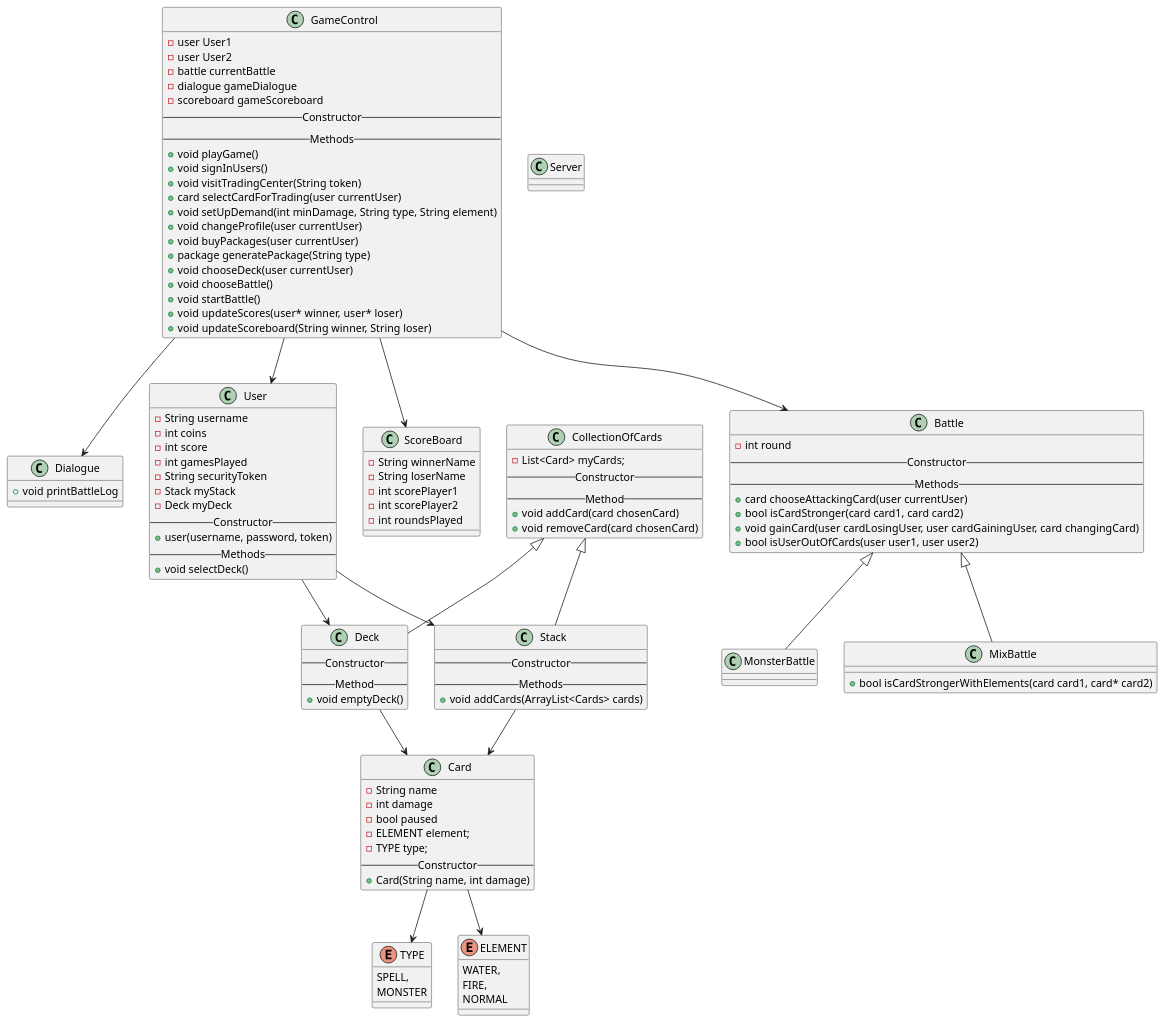
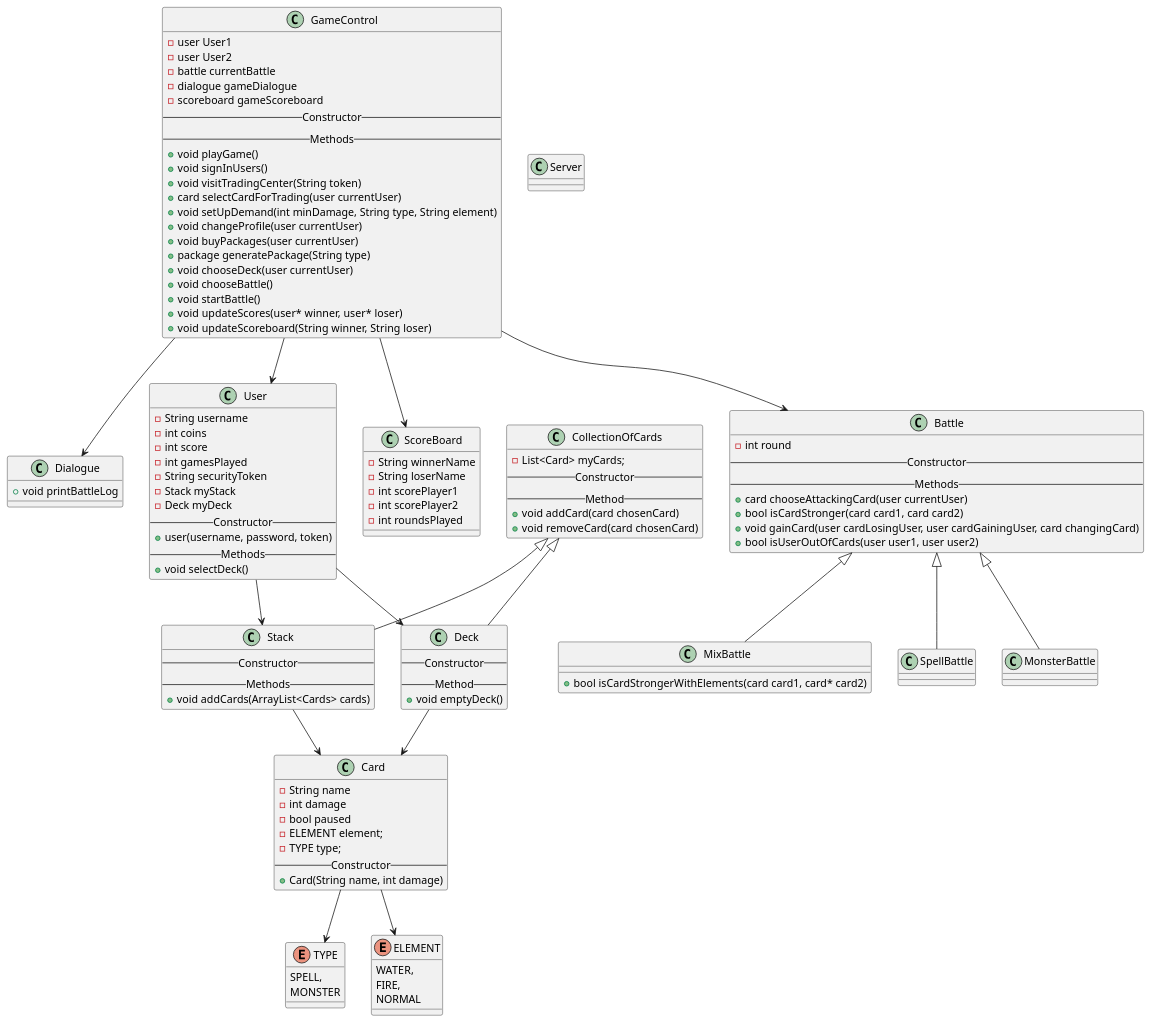
One commit to marlis-t/MonsterTradingCardGame changed the diagram in Monster-Trading-Card-Game/Diagrams/classdiagram.puml. Above: the diagram before and after it, drawn with PlantUML. The commit also changed 18 other files, not shown here.

```diff
--- a/Monster-Trading-Card-Game/Diagrams/classdiagram.puml
+++ b/Monster-Trading-Card-Game/Diagrams/classdiagram.puml
@@ -1,124 +1,126 @@
 @startuml
 class User{
     -String username
     -int coins
     -int score
     -int gamesPlayed
     -String securityToken
     -Stack myStack
     -Deck myDeck
     --Constructor--
     +user(username, password, token)
     --Methods--
     +void selectDeck()
 }
 
 class Server{
 }
 
 enum TYPE{
     SPELL,
     MONSTER
 }
 
 enum ELEMENT{
     WATER,
     FIRE,
     NORMAL
 }
 
 class Card{
     -String name
     -int damage
     -bool paused
     -ELEMENT element;
     -TYPE type;
     --Constructor--
   +Card(String name, int damage)
 }
 class CollectionOfCards{
     -List<Card> myCards;
     --Constructor--
     --Method--
     +void addCard(card chosenCard)
     +void removeCard(card chosenCard)
 }
 class Deck extends CollectionOfCards{
     --Constructor--
     --Method--
     +void emptyDeck()
 }
 class Stack extends CollectionOfCards{
     --Constructor--
     --Methods--
     +void addCards(ArrayList<Cards> cards)
 }
 class ScoreBoard{
     -String winnerName
     -String loserName
     -int scorePlayer1
     -int scorePlayer2
     -int roundsPlayed
 }
 
 class Battle{
     -int round
     --Constructor--
     --Methods--
     +card chooseAttackingCard(user currentUser)
     +bool isCardStronger(card card1, card card2)
     +void gainCard(user cardLosingUser, user cardGainingUser, card changingCard)
     +bool isUserOutOfCards(user user1, user user2)
 }
 
 class MonsterBattle extends Battle{
-
 }
 
 class MixBattle extends Battle{
     +bool isCardStrongerWithElements(card card1, card* card2)
+}
+
+class SpellBattle extends Battle{
 }
 
 class Dialogue{
     +void printBattleLog
 }
 class GameControl{
  -user User1
  -user User2
  -battle currentBattle
  -dialogue gameDialogue
  -scoreboard gameScoreboard
  --Constructor--
  --Methods--
  +void playGame()
  +void signInUsers()
  +void visitTradingCenter(String token)
   +card selectCardForTrading(user currentUser)
   +void setUpDemand(int minDamage, String type, String element)
  +void changeProfile(user currentUser)
  +void buyPackages(user currentUser)
   +package generatePackage(String type)
  +void chooseDeck(user currentUser)
  +void chooseBattle()
  +void startBattle()
   +void updateScores(user* winner, user* loser)
   +void updateScoreboard(String winner, String loser)
 }
 
 
 GameControl --> User
 GameControl --> ScoreBoard
 GameControl --> Battle
 GameControl --> Dialogue
 
 User --> Deck
 User --> Stack
 
 Deck --> Card
 
 Stack --> Card
 
 Card --> TYPE
 Card --> ELEMENT
 
 @enduml
```
